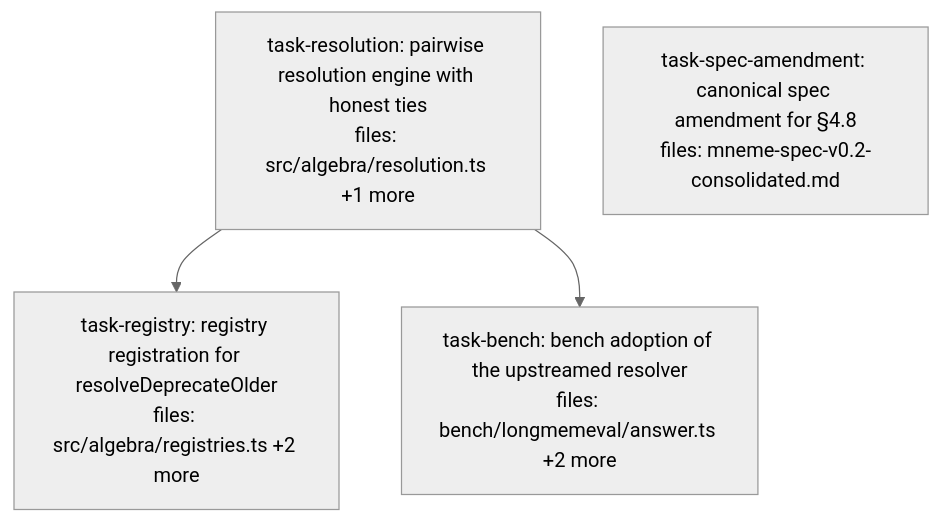
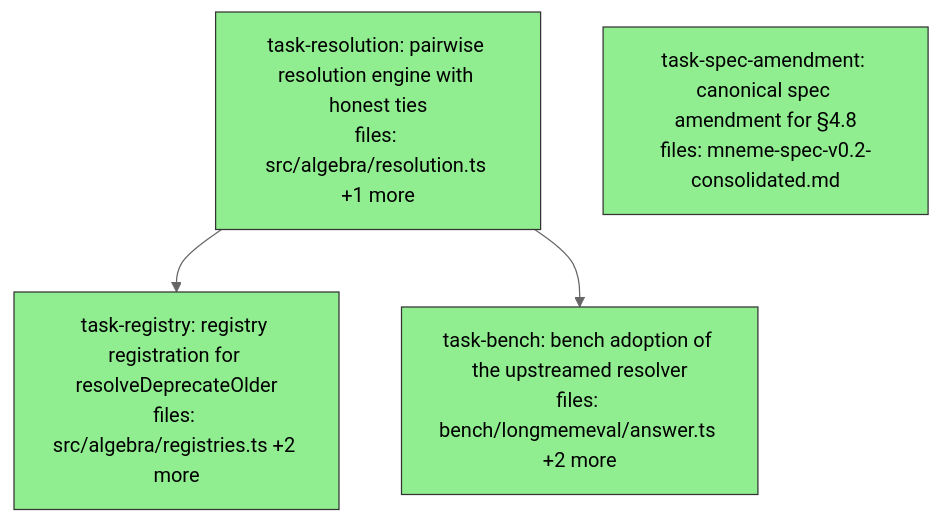
The diagram in docs/superpowers/plans/2026-06-05-resolve-deprecate-older-dag.md (BrettNye/Mneme), drawn with Mermaid (neutral theme) before and after one commit. The commit also changed other lines of this file, not shown here.

Commit message:
docs(plan): mark resolveDeprecateOlder DAG complete (4/4 done)

````diff
--- a/docs/superpowers/plans/2026-06-05-resolve-deprecate-older-dag.md
+++ b/docs/superpowers/plans/2026-06-05-resolve-deprecate-older-dag.md
@@ -6,16 +6,16 @@
 ```mermaid
 flowchart TD
-    task-resolution["task-resolution: pairwise resolution engine with honest ties<br/>files: src/algebra/resolution.ts +1 more"]
-    task-spec-amendment["task-spec-amendment: canonical spec amendment for §4.8<br/>files: mneme-spec-v0.2-consolidated.md"]
-    task-registry["task-registry: registry registration for resolveDeprecateOlder<br/>files: src/algebra/registries.ts +2 more"]
-    task-bench["task-bench: bench adoption of the upstreamed resolver<br/>files: bench/longmemeval/answer.ts +2 more"]
+    task-resolution["task-resolution: pairwise resolution engine with honest ties<br/>files: src/algebra/resolution.ts +1 more"]:::done
+    task-spec-amendment["task-spec-amendment: canonical spec amendment for §4.8<br/>files: mneme-spec-v0.2-consolidated.md"]:::done
+    task-registry["task-registry: registry registration for resolveDeprecateOlder<br/>files: src/algebra/registries.ts +2 more"]:::done
+    task-bench["task-bench: bench adoption of the upstreamed resolver<br/>files: bench/longmemeval/answer.ts +2 more"]:::done
 
     task-resolution --> task-registry
     task-resolution --> task-bench
 
     classDef done fill:#90ee90,stroke:#333
     classDef ready fill:#fffacd,stroke:#333
     classDef running fill:#87ceeb,stroke:#333
     classDef failed fill:#ffb6c1,stroke:#333
     classDef skipped fill:#d3d3d3,stroke:#333,stroke-dasharray: 5 5
 ```
````
